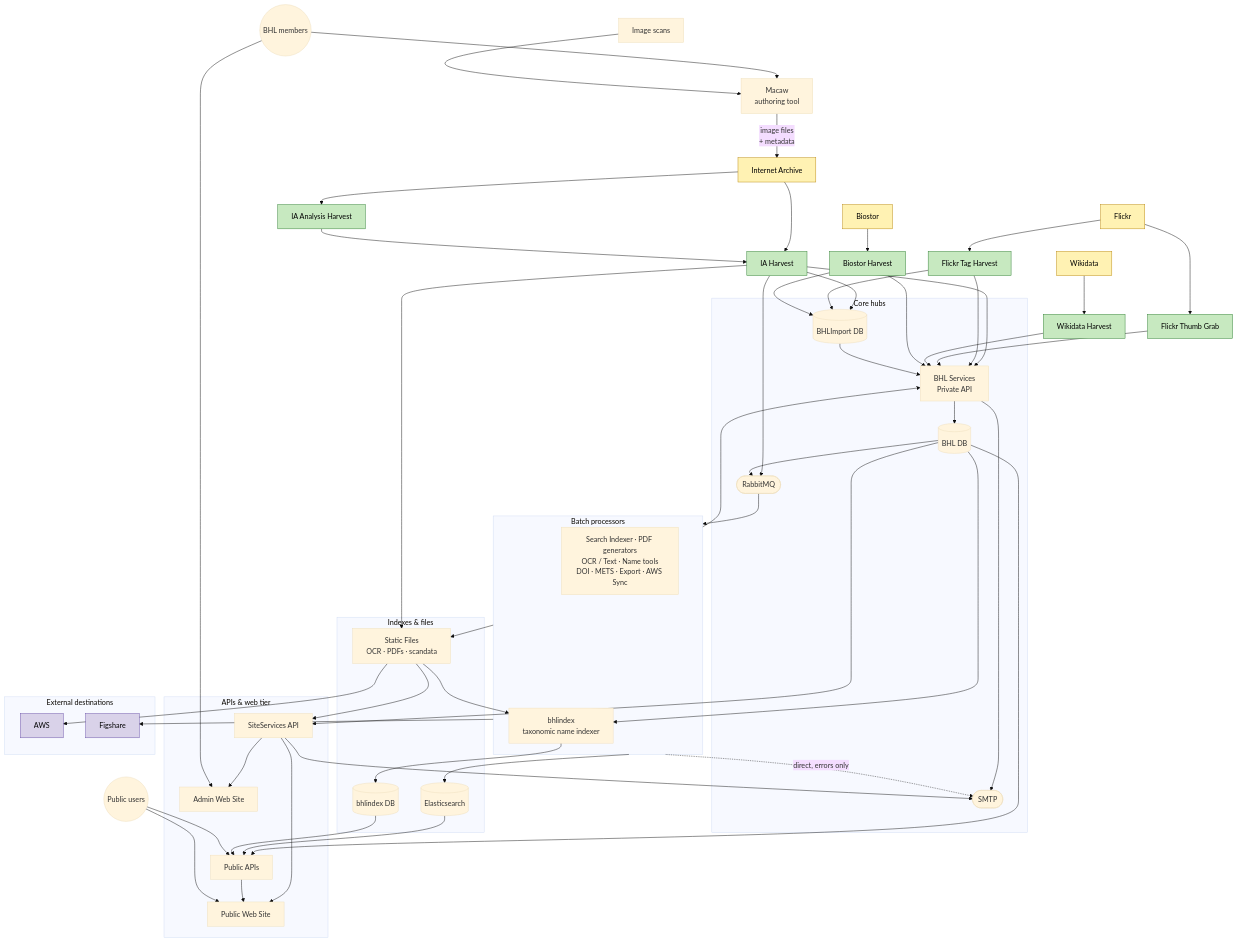
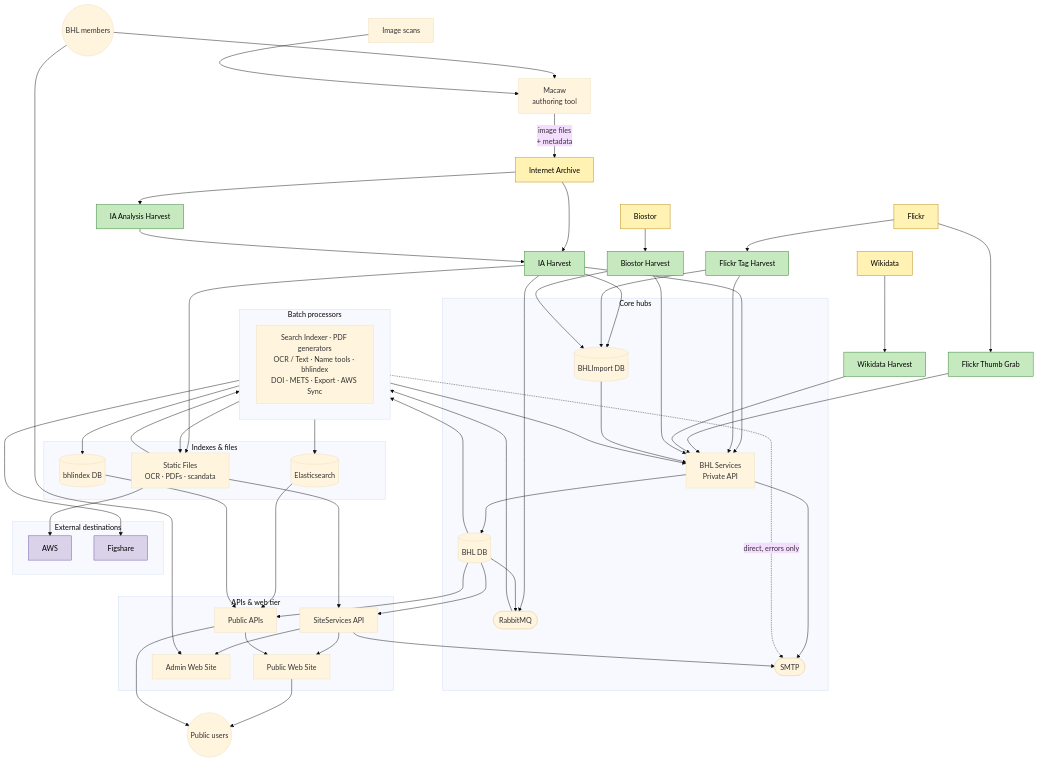
The diagram in diagrams/overview.md (rdmpage/bhl-data-flows), drawn with Mermaid (base theme) before and after one commit. The commit also changed other lines of this file, not shown here.

Commit message:
Merge bhlindex into batch processors; move public users + destinations to bottom
Simplify the overview by collapsing the bhlindex tool into the Batch
processors node (it still writes to its own PostgreSQL DB, noted in the
prose). Reverse the public-user edges so data flows service -> user,
which places Public users at the bottom of the TD layout. External
destinations subgraph reordered so it renders near the bottom too.

```diff
--- a/diagrams/overview.md
+++ b/diagrams/overview.md
@@ -29,8 +29,7 @@
     end
 
     subgraph Processing["Batch processors"]
-        Processors[Search Indexer · PDF generators<br/>OCR / Text · Name tools<br/>DOI · METS · Export · AWS Sync]
-        BhlIndexTool[bhlindex<br/>taxonomic name indexer]
+        Processors[Search Indexer · PDF generators<br/>OCR / Text · Name tools · bhlindex<br/>DOI · METS · Export · AWS Sync]
     end
 
     subgraph Storage["Indexes & files"]
@@ -46,17 +45,18 @@
         AdminWeb[Admin Web Site]
     end
 
+    %% --- Standalone authoring tool (not connected to BHL internals) ---
+    Scans[Image scans]
+    Macaw[Macaw<br/>authoring tool]
+
+    BHLMembers((BHL members))
+
     subgraph Outbound["External destinations"]
         AWS[AWS]
         Figshare[Figshare]
     end
 
-    %% --- Standalone authoring tool (not connected to BHL internals) ---
-    Scans[Image scans]
-    Macaw[Macaw<br/>authoring tool]
-
     PublicUsers((Public users))
-    BHLMembers((BHL members))
 
     %% --- Source -> harvester ---
     IA --> IAAnal
@@ -84,12 +84,12 @@
     PrivAPI --> BHLDB
     BHLDB --> MQ
     MQ --> Processing
+    BHLDB --> Processing
+    Files --> Processing
     Processing --> PrivAPI
     Processing --> ES
     Processing --> Files
-    BHLDB --> BhlIndexTool
-    Files --> BhlIndexTool
-    BhlIndexTool --> BhlIndexDB
+    Processing --> BhlIndexDB
 
     %% --- Serving ---
     BHLDB --> SiteSvc
@@ -101,9 +101,9 @@
     SiteSvc --> AdminWeb
     PubAPI --> PubWeb
 
-    %% --- Audience ---
-    PublicUsers --> PubWeb
-    PublicUsers --> PubAPI
+    %% --- Audience (public users receive data; BHL members contribute) ---
+    PubWeb --> PublicUsers
+    PubAPI --> PublicUsers
     BHLMembers --> AdminWeb
     BHLMembers --> Macaw
 
```
